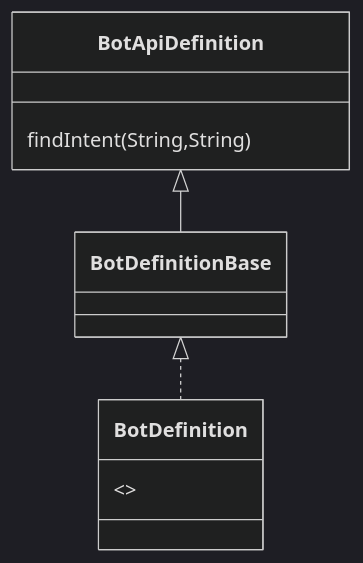
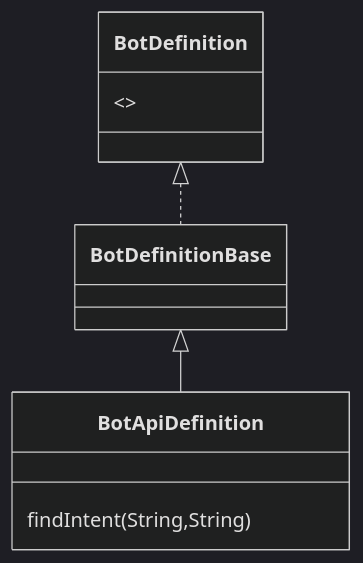
One commit to theopenconversationkit/tock changed the first of 2 diagrams in docs/docs/en/develop/internals/bot-api.md. Above: the diagram before and after it, drawn with Mermaid (dark theme). The commit also changed 141 other files, not shown here.

````diff
--- a/docs/docs/en/develop/internals/bot-api.md
+++ b/docs/docs/en/develop/internals/bot-api.md
@@ -17,7 +17,7 @@
 ```mermaid
 classDiagram
-BotDefinitionBase <|.. BotDefinition
-BotApiDefinition <|-- BotDefinitionBase
+BotDefinition <|.. BotDefinitionBase
+BotDefinitionBase <|-- BotApiDefinition
 BotDefinition : <<interface>>
 BotApiDefinition : findIntent(String,String)
 ```
````
